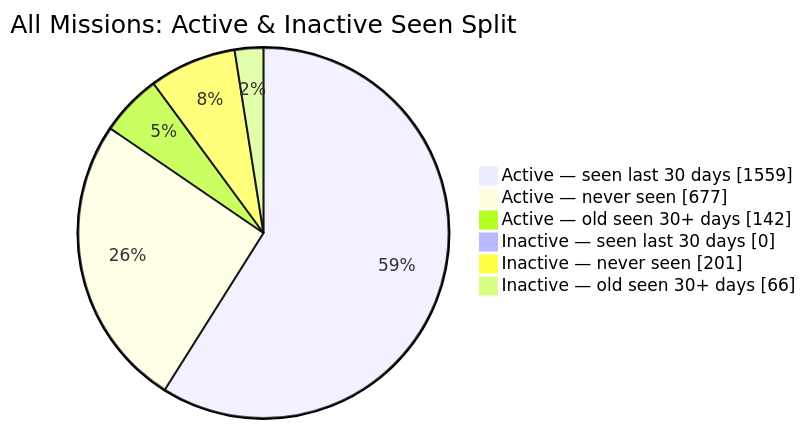
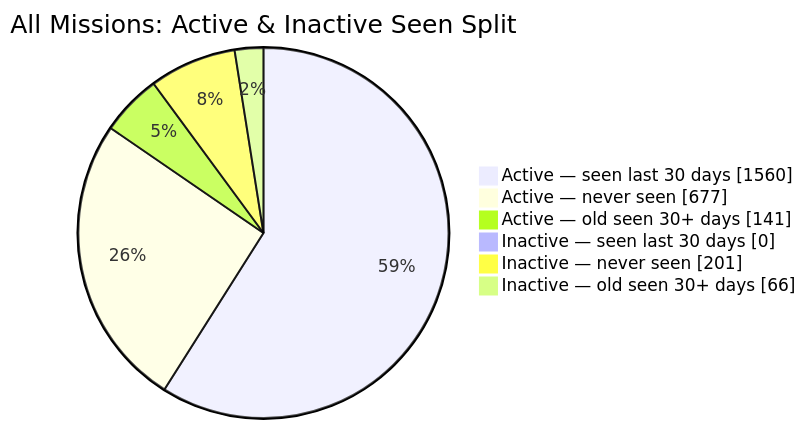
One commit to MeldkamerspelGameTeam/active-missions changed the second of 2 diagrams in README.md. Above: the diagram before and after it, drawn with Mermaid. The commit also changed other lines of this file and 2 other files, not shown here.

````diff
--- a/README.md
+++ b/README.md
@@ -44,10 +44,10 @@
 ```mermaid
 pie showData
     title All Missions: Active & Inactive Seen Split
-    "Active — seen last 30 days" : 1559
+    "Active — seen last 30 days" : 1560
     "Active — never seen" : 677
-    "Active — old seen 30+ days" : 142
+    "Active — old seen 30+ days" : 141
     "Inactive — seen last 30 days" : 0
     "Inactive — never seen" : 201
     "Inactive — old seen 30+ days" : 66
 ```
````
